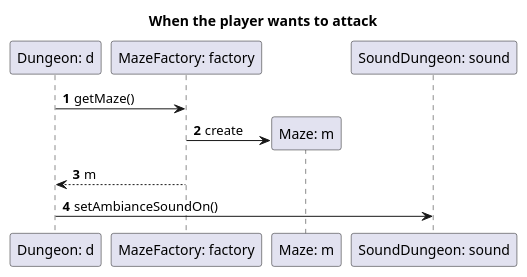
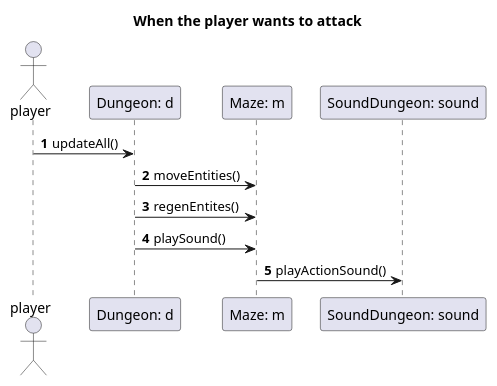
Before and after one commit to Reynault/ACL_2019_Zelpop: the diagram in doc/4_sprint/diagrams/puml/sequences/soundWhenEnteringMaze.puml, drawn with PlantUML. The commit also changed 30 other files, not shown here.

```diff
--- a/doc/4_sprint/diagrams/puml/sequences/soundWhenEnteringMaze.puml
+++ b/doc/4_sprint/diagrams/puml/sequences/soundWhenEnteringMaze.puml
@@ -1,20 +1,22 @@
 @startuml
 
 title When the player wants to attack
 autonumber
 
+actor player
+
 participant "Dungeon: d" as d
-participant "MazeFactory: factory" as mf
 participant "Maze: m" as m
 participant "SoundDungeon: sound" as s
 
-d -> mf: getMaze()
+player -> d: updateAll()
 
-create m
-mf -> m: create
+d -> m: moveEntities()
 
-mf --> d: m
+d -> m: regenEntites()
 
-d -> s: setAmbianceSoundOn()
+d -> m: playSound()
+
+m -> s: playActionSound()
 
 @enduml
```
